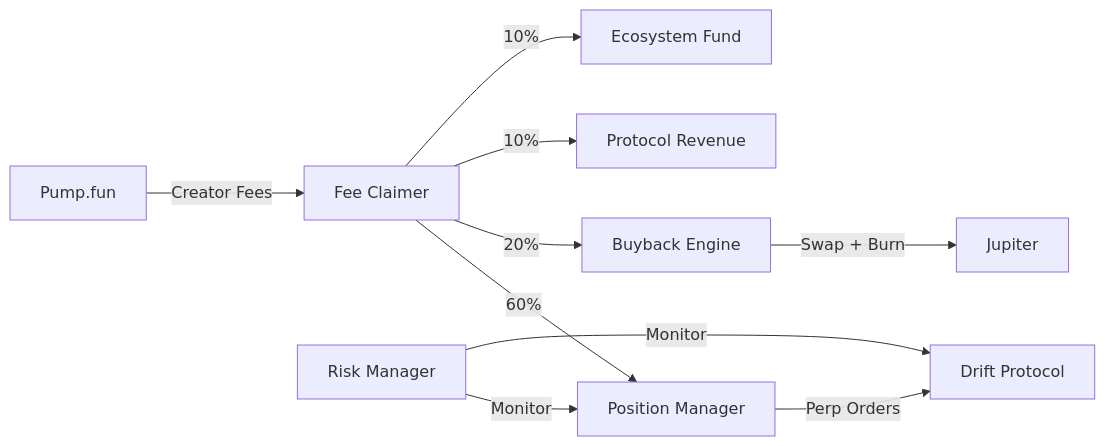
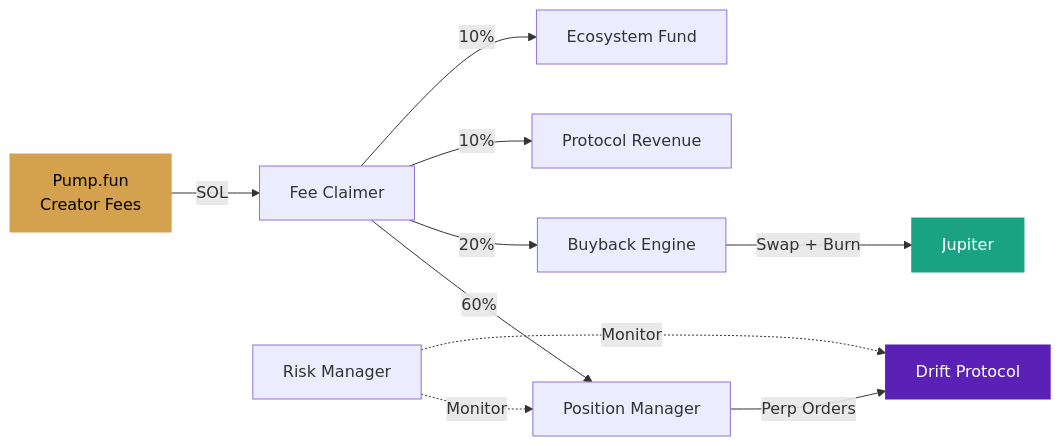
The diagram in README.md (FissionDotFunSOL/fission), drawn with Mermaid before and after one commit. The commit also changed other lines of this file and 6 other files, not shown here.

````diff
--- a/README.md
+++ b/README.md
@@ -101,12 +141,16 @@
 ```mermaid
 graph LR
-    A[Pump.fun] -->|Creator Fees| B[Fee Claimer]
-    B -->|60%| C[Position Manager]
-    B -->|20%| D[Buyback Engine]
-    B -->|10%| E[Protocol Revenue]
-    B -->|10%| F[Ecosystem Fund]
-    C -->|Perp Orders| G[Drift Protocol]
-    D -->|Swap + Burn| H[Jupiter]
-    I[Risk Manager] -->|Monitor| C
-    I -->|Monitor| G
+    A["Pump.fun<br/>Creator Fees"] -->|SOL| B["Fee Claimer"]
+    B -->|60%| C["Position Manager"]
+    B -->|20%| D["Buyback Engine"]
+    B -->|10%| E["Protocol Revenue"]
+    B -->|10%| F["Ecosystem Fund"]
+    C -->|Perp Orders| G["Drift Protocol"]
+    D -->|Swap + Burn| H["Jupiter"]
+    I["Risk Manager"] -.->|Monitor| C
+    I -.->|Monitor| G
+
+    style A fill:#D4A24E,stroke:#D4A24E,color:#000
+    style G fill:#5B21B6,stroke:#5B21B6,color:#fff
+    style H fill:#19A382,stroke:#19A382,color:#fff
 ```
````
